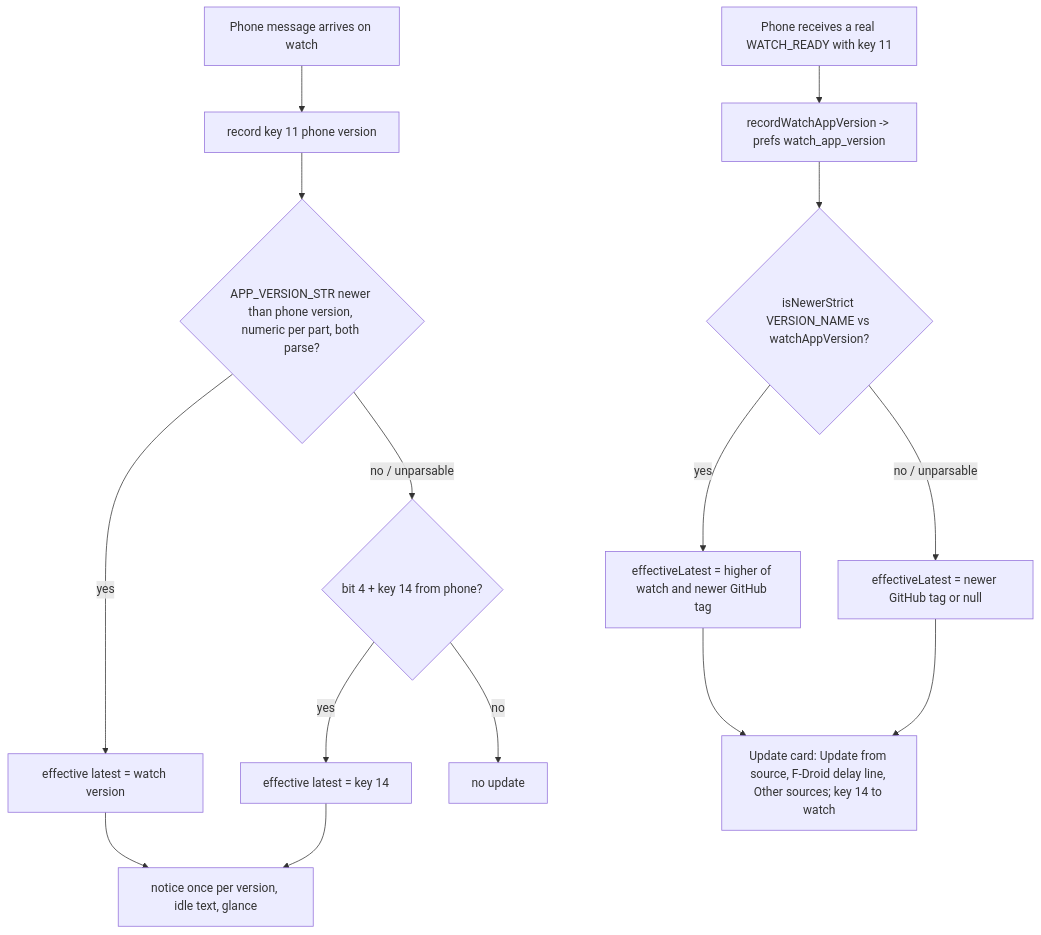
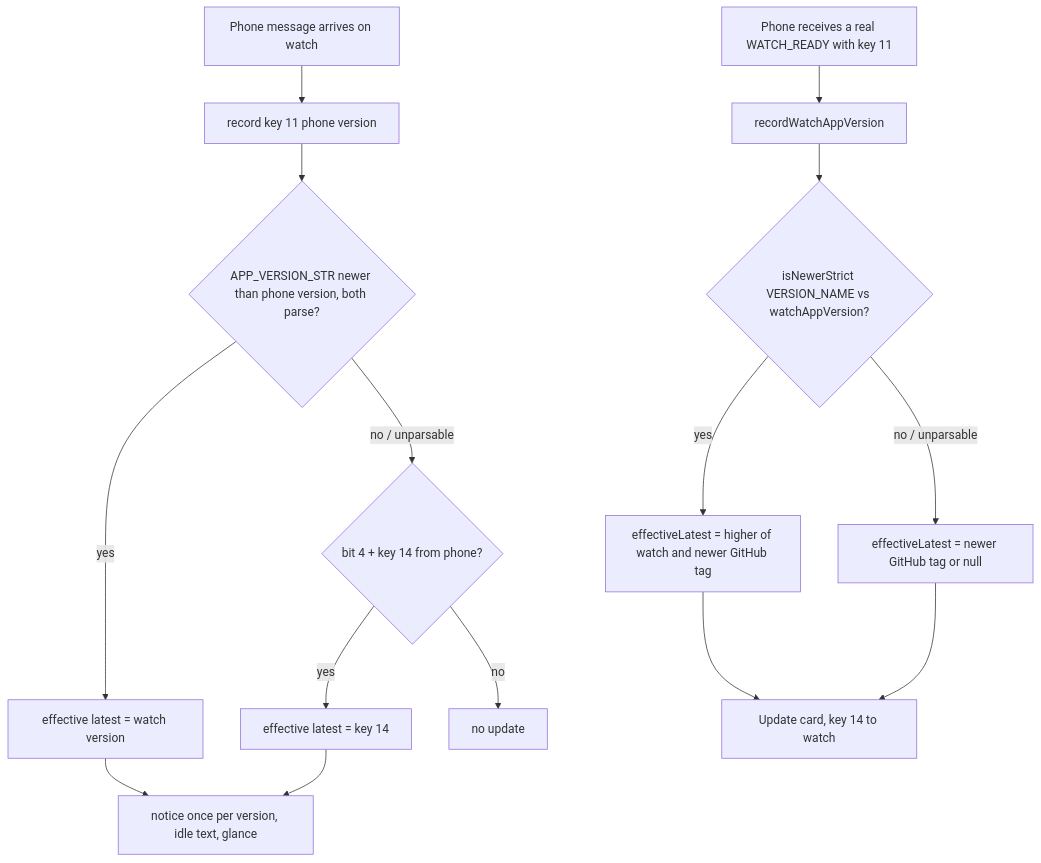
Before and after one commit to optio/PebbleNTN: diagram 12 of 12 in aidlc/spaces/default/codekb/PebbleNTN/architecture.md, drawn with Mermaid. The commit also changed other lines of this file and 101 other files, not shown here.

````diff
--- a/aidlc/spaces/default/codekb/PebbleNTN/architecture.md
+++ b/aidlc/spaces/default/codekb/PebbleNTN/architecture.md
@@ -367,17 +351,17 @@
 ```mermaid
 flowchart TD
   A[Phone message arrives on watch] --> B[record key 11 phone version]
-  B --> C{APP_VERSION_STR newer than phone version, numeric per part, both parse?}
+  B --> C{APP_VERSION_STR newer than phone version, both parse?}
   C -- yes --> E[effective latest = watch version]
   C -- no / unparsable --> F{bit 4 + key 14 from phone?}
   F -- yes --> G[effective latest = key 14]
   F -- no --> H[no update]
   E --> I[notice once per version, idle text, glance]
   G --> I
-  P[Phone receives a real WATCH_READY with key 11] --> P2[recordWatchAppVersion -> prefs watch_app_version]
+  P[Phone receives a real WATCH_READY with key 11] --> P2[recordWatchAppVersion]
   P2 --> Q{isNewerStrict VERSION_NAME vs watchAppVersion?}
   Q -- yes --> R[effectiveLatest = higher of watch and newer GitHub tag]
   Q -- no / unparsable --> S[effectiveLatest = newer GitHub tag or null]
-  R --> T[Update card: Update from source, F-Droid delay line, Other sources; key 14 to watch]
+  R --> T[Update card, key 14 to watch]
   S --> T
 ```
````
